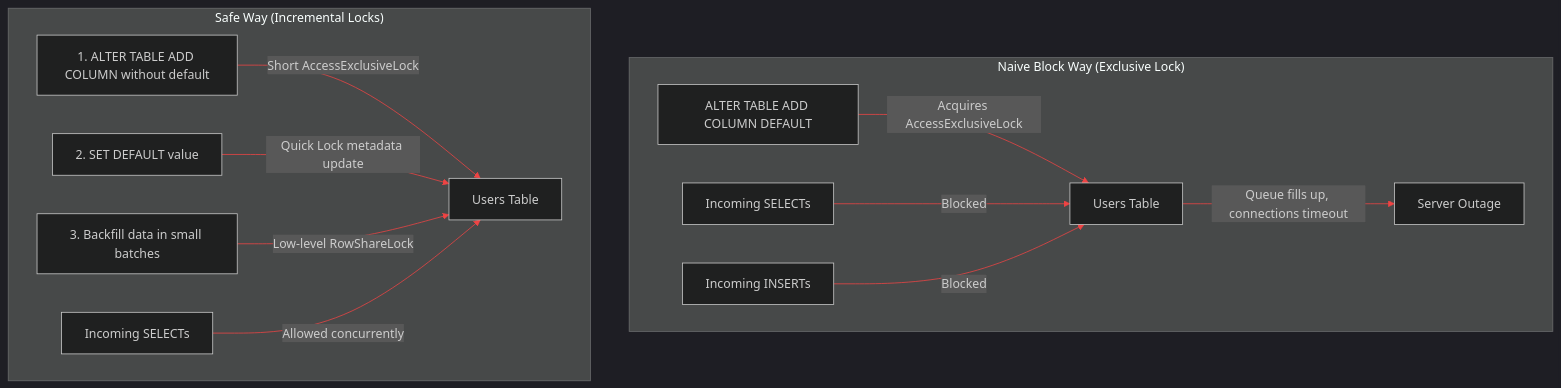
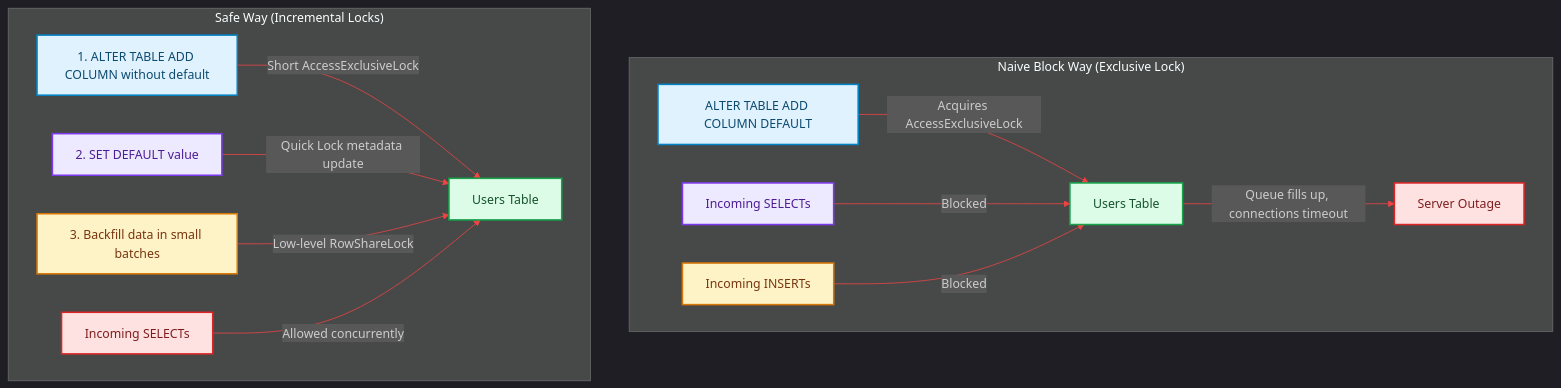
The diagram in blog/posts/zero-downtime-postgres-migrations.md (akmalkhaniub/akmalkhaniub.github.io), drawn with Mermaid before and after one commit. The commit also changed other lines of this file and 1291 other files, not shown here.

First line of the commit message:
feat(catalog): unique covers, scholarly references, and diagram palettes

````diff
--- a/blog/posts/zero-downtime-postgres-migrations.md
+++ b/blog/posts/zero-downtime-postgres-migrations.md
@@ -13,17 +13,28 @@
 ```mermaid
 %%{init: {'theme': 'dark', 'themeVariables': { 'primaryColor': '#ef4444', 'primaryTextColor': '#f3f4f6', 'primaryBorderColor': '#f87171', 'lineColor': '#ef4444', 'secondaryColor': '#111827', 'tertiaryColor': '#0b0f19'}}}%%
 flowchart TD
     subgraph SG1_NaiveBlockWay [" Naive Block Way (Exclusive Lock)"]
-        Migration[ALTER TABLE ADD COLUMN DEFAULT] -->|Acquires AccessExclusiveLock| Table[Users Table]
-        Reads[Incoming SELECTs] -->|Blocked| Table
-        Writes[Incoming INSERTs] -->|Blocked| Table
-        Table -->|Queue fills up, connections timeout| Crash[Server Outage]
+        Migration["ALTER TABLE ADD COLUMN DEFAULT"] -->|Acquires AccessExclusiveLock| Table["Users Table"]
+        Reads["Incoming SELECTs"] -->|Blocked| Table
+        Writes["Incoming INSERTs"] -->|Blocked| Table
+        Table -->|Queue fills up, connections timeout| Crash["Server Outage"]
     end
 
     subgraph SG2_SafeWayIncremental [" Safe Way (Incremental Locks)"]
-        Step1[1. ALTER TABLE ADD COLUMN without default] -->|Short AccessExclusiveLock| Table2[Users Table]
-        Step2[2. SET DEFAULT value] -->|Quick Lock metadata update| Table2
-        Step3[3. Backfill data in small batches] -->|Low-level RowShareLock| Table2
-        Reads2[Incoming SELECTs] -->|Allowed concurrently| Table2
+        Step1["1. ALTER TABLE ADD COLUMN without default"] -->|Short AccessExclusiveLock| Table2["Users Table"]
+        Step2["2. SET DEFAULT value"] -->|Quick Lock metadata update| Table2
+        Step3["3. Backfill data in small batches"] -->|Low-level RowShareLock| Table2
+        Reads2["Incoming SELECTs"] -->|Allowed concurrently| Table2
     end
+
+classDef green fill:#dcfce7,stroke:#16a34a,stroke-width:2px,color:#14532d;
+classDef red fill:#fee2e2,stroke:#dc2626,stroke-width:2px,color:#7f1d1d;
+classDef blue fill:#e0f2fe,stroke:#0284c7,stroke-width:2px,color:#0c4a6e;
+classDef yellow fill:#fef3c7,stroke:#d97706,stroke-width:2px,color:#78350f;
+classDef purple fill:#ede9fe,stroke:#7c3aed,stroke-width:2px,color:#4c1d95;
+class Migration,Step1 blue
+class Table,Table2 green
+class Reads,Step2 purple
+class Writes,Step3 yellow
+class Crash,Reads2 red
 ```
````
